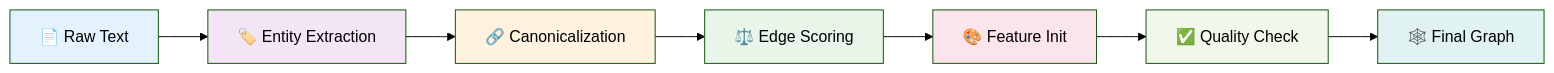
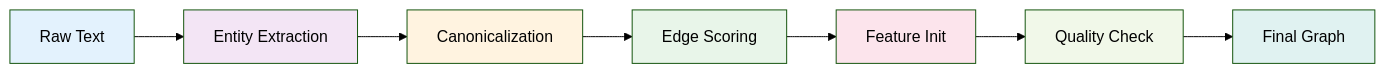
Before and after one commit to phiwi/graphnn_lecture: the ninth of 13 diagrams in slides.md, drawn with Mermaid (forest theme). The commit also changed other lines of this file, not shown here.

````diff
--- a/slides.md
+++ b/slides.md
@@ -1079,17 +1393,17 @@
 ```mermaid
 graph LR
-  A[📄 Raw Text] --> B[🏷️ Entity Extraction]
-  B --> C[🔗 Canonicalization]
-  C --> D[⚖️ Edge Scoring]
-  D --> E[🎨 Feature Init]
-  E --> F[✅ Quality Check]
-  F --> G[🕸️ Final Graph]
+  A[Raw Text] --> B[Entity Extraction]
+  B --> C[Canonicalization]
+  C --> D[Edge Scoring]
+  D --> E[Feature Init]
+  E --> F[Quality Check]
+  F --> G[Final Graph]
   
   style A fill:#e3f2fd
   style B fill:#f3e5f5
   style C fill:#fff3e0
   style D fill:#e8f5e9
   style E fill:#fce4ec
   style F fill:#f1f8e9
   style G fill:#e0f2f1
 ```
````
